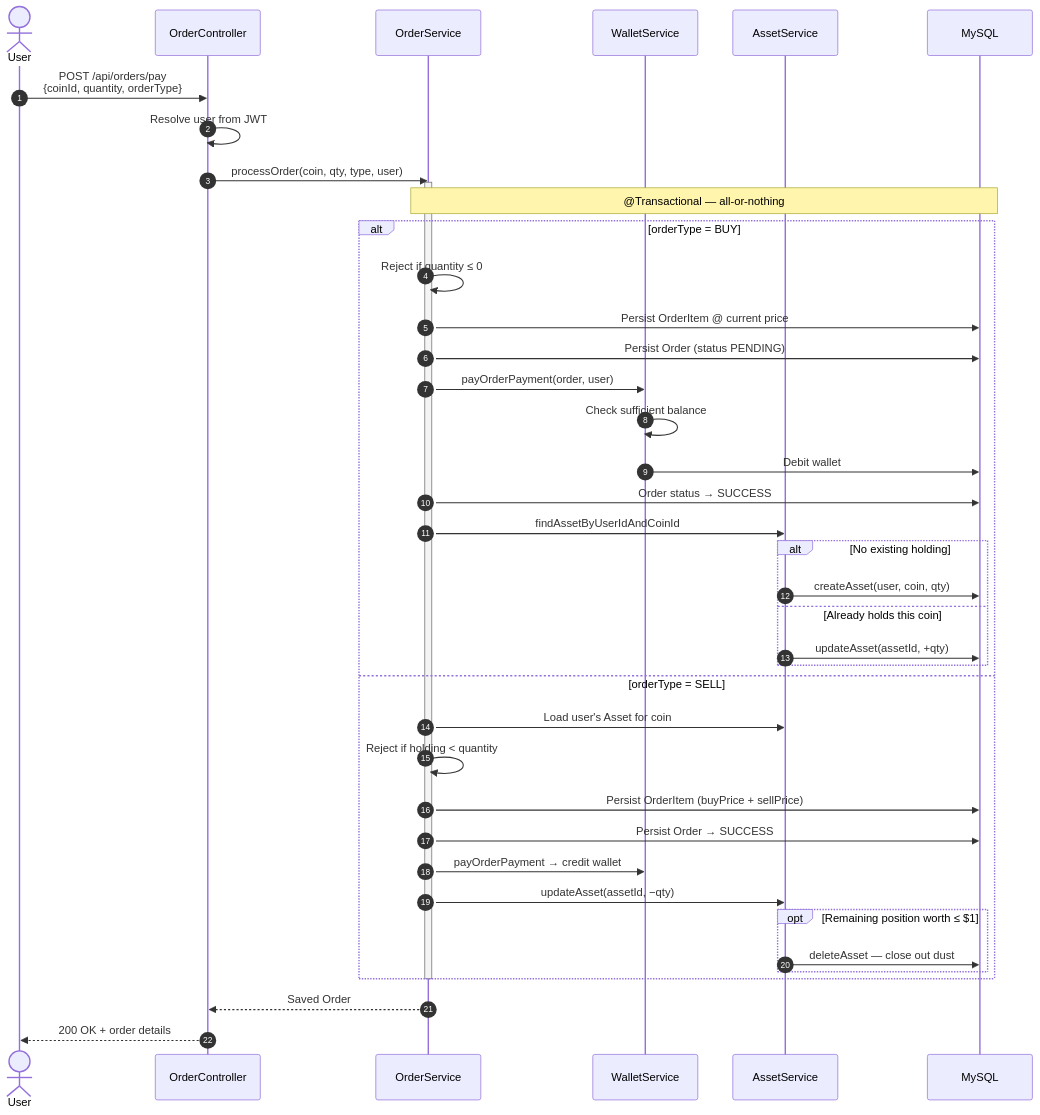
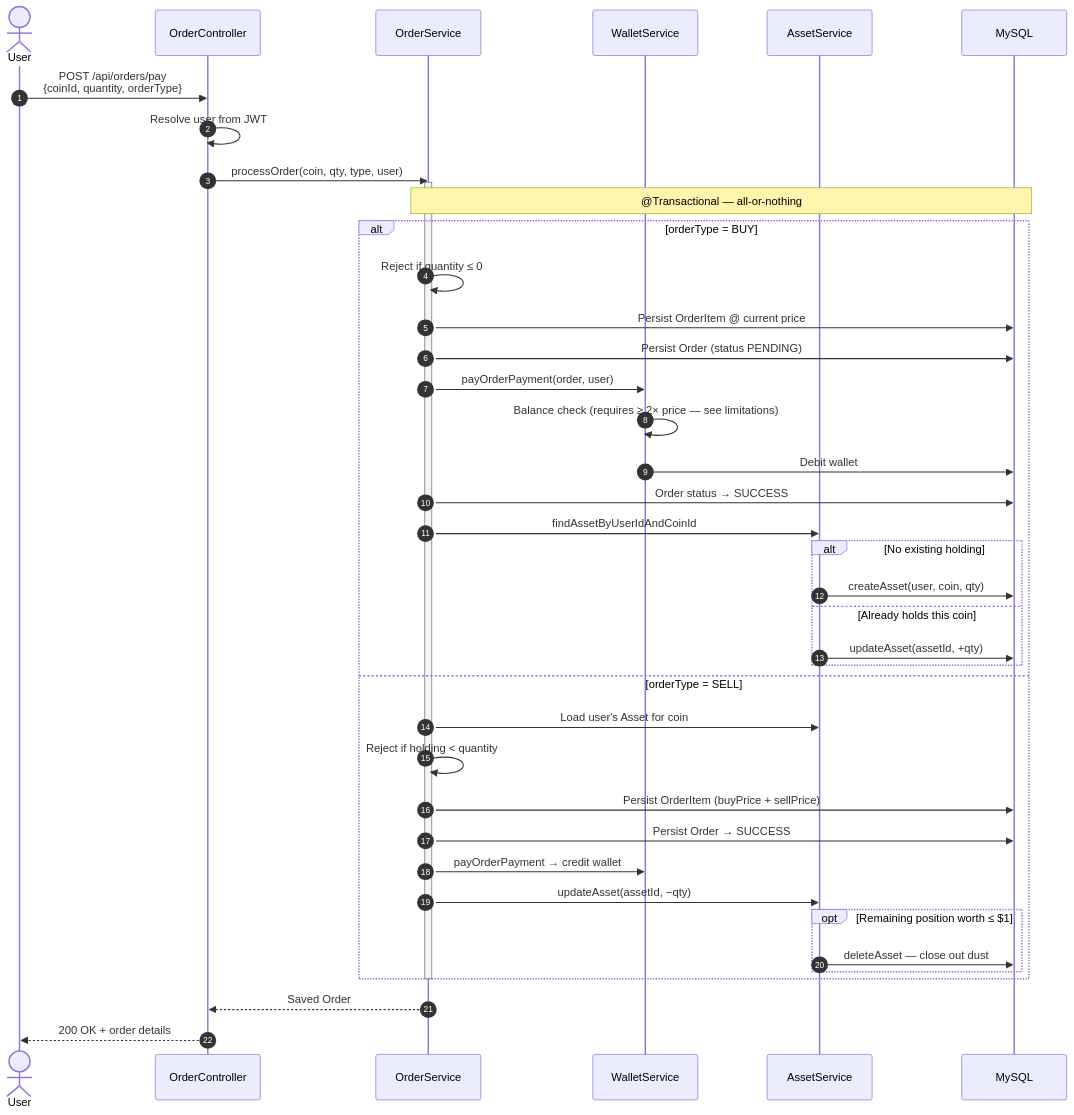
One commit to chinmoypaul8897/Cone-Trading changed the second of 5 diagrams in README.md. Above: the diagram before and after it, drawn with Mermaid. The commit also changed other lines of this file and 2 other files, not shown here.

````diff
--- a/README.md
+++ b/README.md
@@ -103,47 +103,47 @@
 ```mermaid
 sequenceDiagram
     autonumber
     actor U as User
     participant OC as OrderController
     participant OS as OrderService
     participant WS as WalletService
     participant AS as AssetService
     participant DB as MySQL
 
     U->>OC: POST /api/orders/pay<br/>{coinId, quantity, orderType}
     OC->>OC: Resolve user from JWT
     OC->>OS: processOrder(coin, qty, type, user)
 
     activate OS
     Note over OS,DB: @Transactional — all-or-nothing
 
     alt orderType = BUY
         OS->>OS: Reject if quantity ≤ 0
         OS->>DB: Persist OrderItem @ current price
         OS->>DB: Persist Order (status PENDING)
         OS->>WS: payOrderPayment(order, user)
-        WS->>WS: Check sufficient balance
+        WS->>WS: Balance check (requires ≥ 2× price — see limitations)
         WS->>DB: Debit wallet
         OS->>DB: Order status → SUCCESS
         OS->>AS: findAssetByUserIdAndCoinId
         alt No existing holding
             AS->>DB: createAsset(user, coin, qty)
         else Already holds this coin
             AS->>DB: updateAsset(assetId, +qty)
         end
     else orderType = SELL
         OS->>AS: Load user's Asset for coin
         OS->>OS: Reject if holding < quantity
         OS->>DB: Persist OrderItem (buyPrice + sellPrice)
         OS->>DB: Persist Order → SUCCESS
         OS->>WS: payOrderPayment → credit wallet
         OS->>AS: updateAsset(assetId, −qty)
         opt Remaining position worth ≤ $1
             AS->>DB: deleteAsset — close out dust
         end
     end
     deactivate OS
 
     OS-->>OC: Saved Order
     OC-->>U: 200 OK + order details
 ```
````
